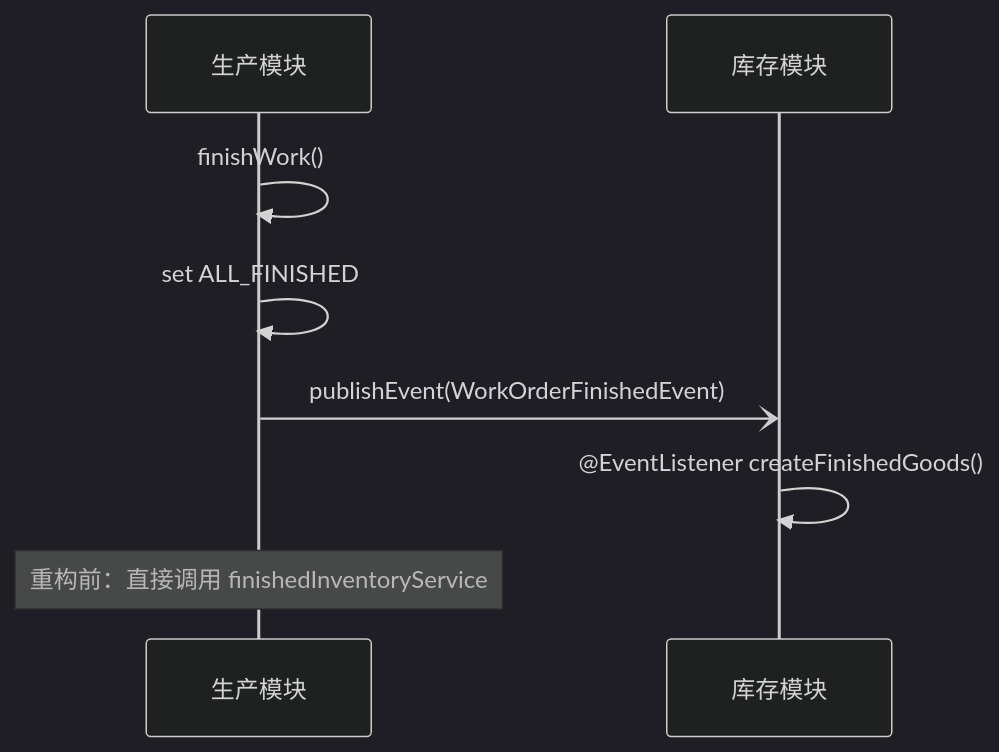
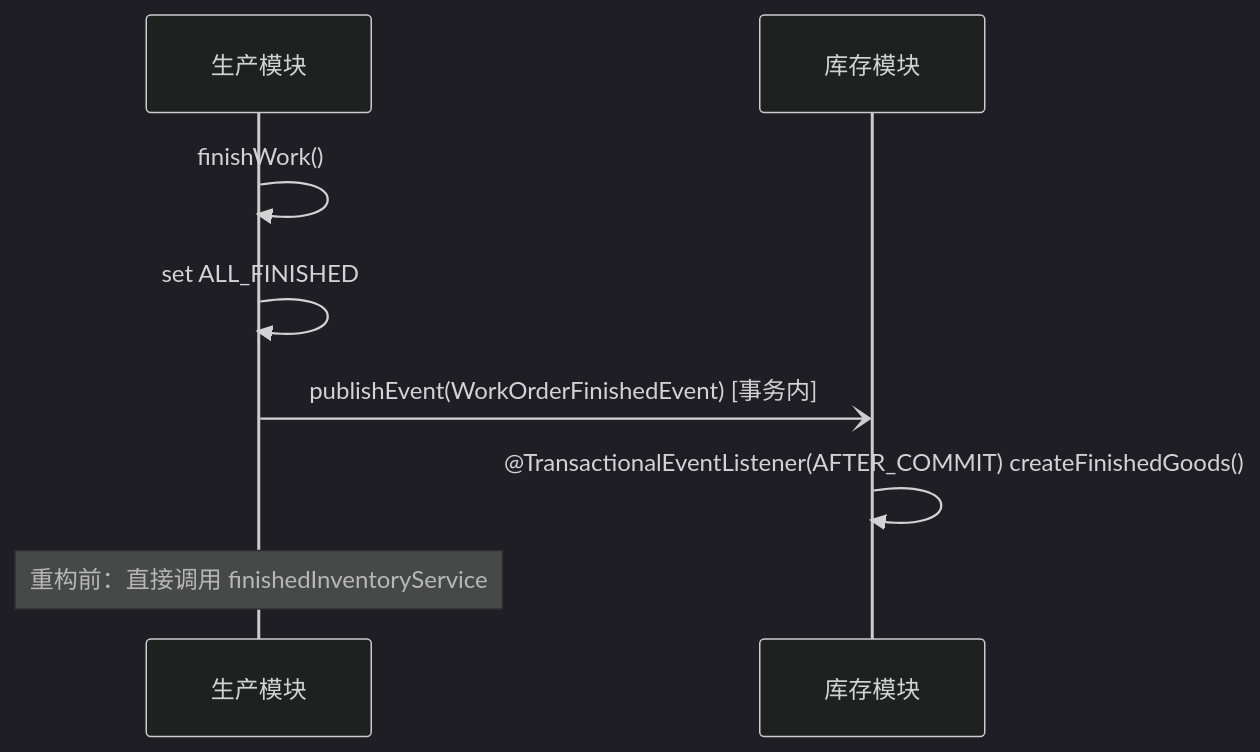
Before and after one commit to StevenTsai/distribution-architecture: the second of 3 diagrams in case-studies/spring-events-decoupling/README.md, drawn with Mermaid (dark theme). The commit also changed other lines of this file and 36 other files, not shown here.

````diff
--- a/case-studies/spring-events-decoupling/README.md
+++ b/case-studies/spring-events-decoupling/README.md
@@ -41,10 +41,10 @@
 ```mermaid
 sequenceDiagram
     participant P as 生产模块
     participant I as 库存模块
     P->>P: finishWork()
     P->>P: set ALL_FINISHED
-    P-)I: publishEvent(WorkOrderFinishedEvent)
-    I->>I: @EventListener createFinishedGoods()
+    P-)I: publishEvent(WorkOrderFinishedEvent) [事务内]
+    I->>I: @TransactionalEventListener(AFTER_COMMIT) createFinishedGoods()
     Note over P: 重构前：直接调用 finishedInventoryService
 ```
````
